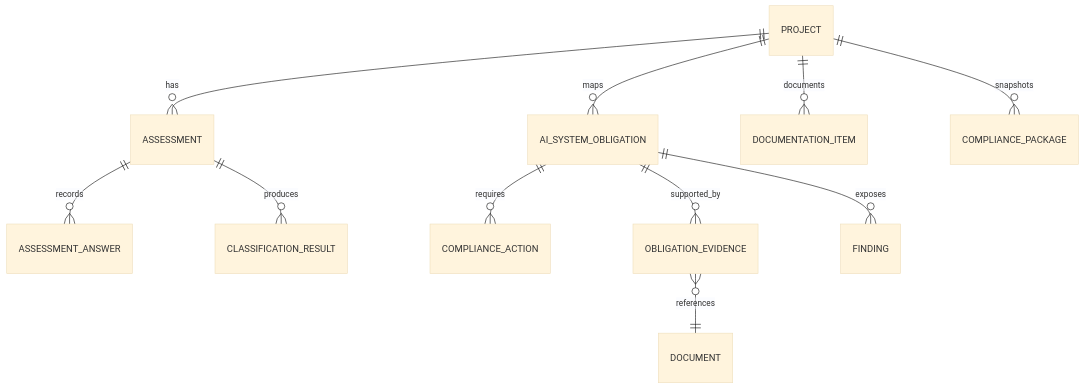
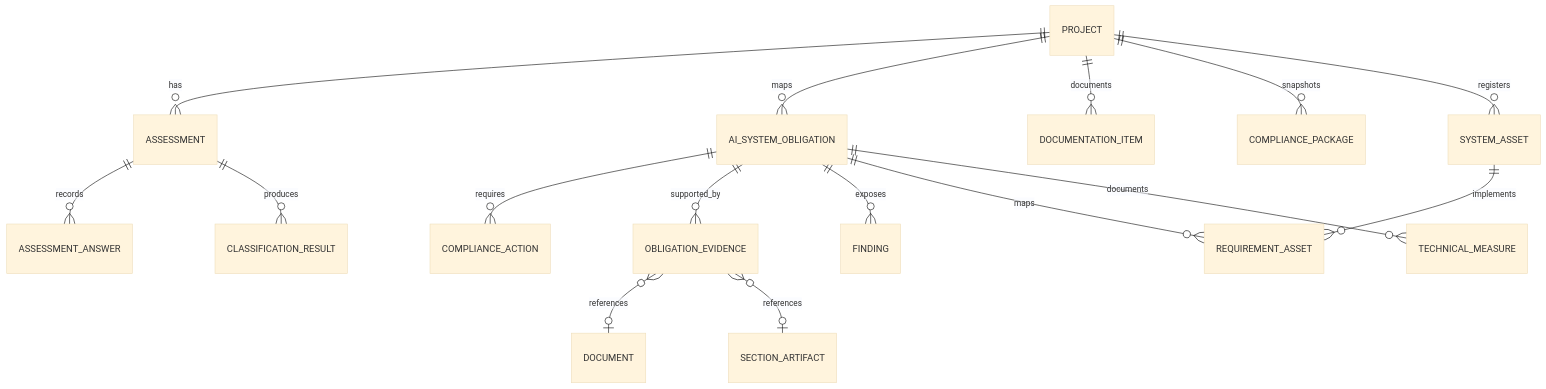
One commit to toluelemson/complianx changed the diagram in docs/architecture/domain-model.md. Above: the diagram before and after it, drawn with Mermaid (base theme). The commit also changed other lines of this file and 107 other files, not shown here.

````diff
--- a/docs/architecture/domain-model.md
+++ b/docs/architecture/domain-model.md
@@ -9,13 +9,18 @@
 ```mermaid
 erDiagram
   PROJECT ||--o{ ASSESSMENT : has
   ASSESSMENT ||--o{ ASSESSMENT_ANSWER : records
   ASSESSMENT ||--o{ CLASSIFICATION_RESULT : produces
   PROJECT ||--o{ AI_SYSTEM_OBLIGATION : maps
   AI_SYSTEM_OBLIGATION ||--o{ COMPLIANCE_ACTION : requires
   AI_SYSTEM_OBLIGATION ||--o{ OBLIGATION_EVIDENCE : supported_by
-  OBLIGATION_EVIDENCE }o--|| DOCUMENT : references
+  OBLIGATION_EVIDENCE }o--o| DOCUMENT : references
+  OBLIGATION_EVIDENCE }o--o| SECTION_ARTIFACT : references
   AI_SYSTEM_OBLIGATION ||--o{ FINDING : exposes
   PROJECT ||--o{ DOCUMENTATION_ITEM : documents
   PROJECT ||--o{ COMPLIANCE_PACKAGE : snapshots
+  PROJECT ||--o{ SYSTEM_ASSET : registers
+  SYSTEM_ASSET ||--o{ REQUIREMENT_ASSET : implements
+  AI_SYSTEM_OBLIGATION ||--o{ REQUIREMENT_ASSET : maps
+  AI_SYSTEM_OBLIGATION ||--o{ TECHNICAL_MEASURE : documents
 ```
````
